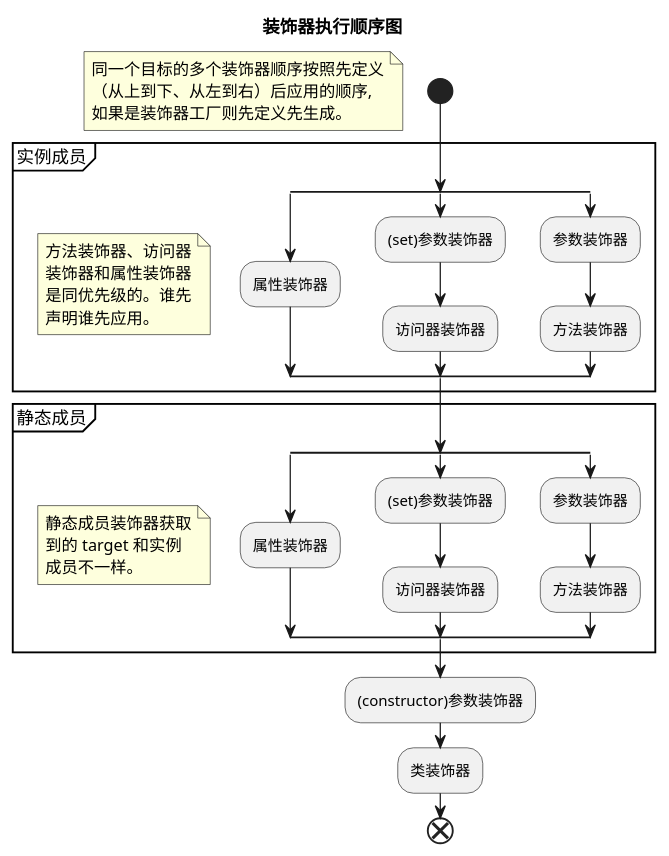
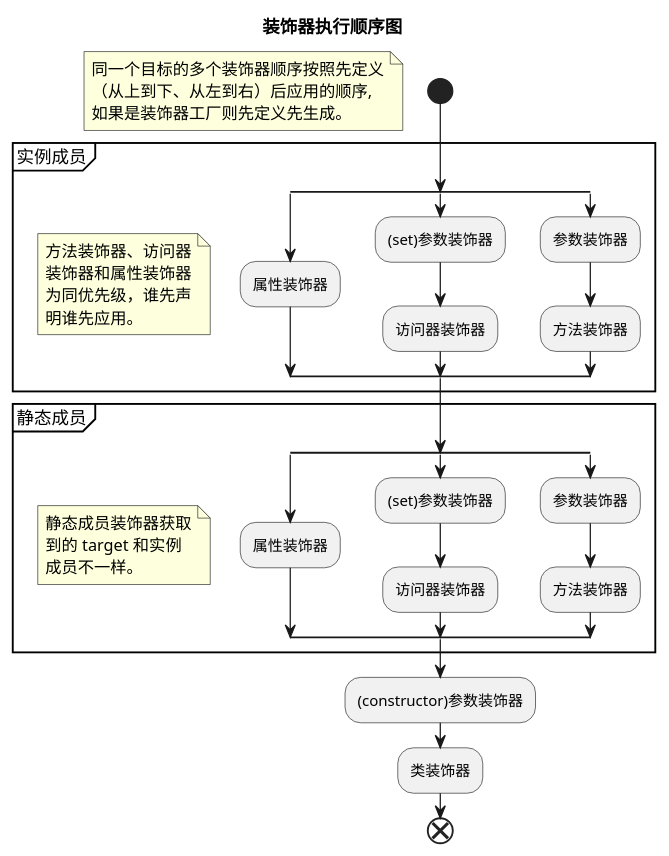
One commit to ShueyYuen/yuen-blog changed the second of 2 diagrams in content/post/20240930-typescript-decorator.md. Above: the diagram before and after it, drawn with PlantUML. The commit also changed other lines of this file and 2 other files, not shown here.

````diff
--- a/content/post/20240930-typescript-decorator.md
+++ b/content/post/20240930-typescript-decorator.md
@@ -380,50 +380,50 @@
 ```plantuml
 @startuml
 title 装饰器执行顺序图
 start
 floating note
   同一个目标的多个装饰器顺序按照先定义
   （从上到下、从左到右）后应用的顺序, 
   如果是装饰器工厂则先定义先生成。
 end note
 
 group 实例成员
   note left
     方法装饰器、访问器
     装饰器和属性装饰器
-    是同优先级的。谁先
-    声明谁先应用。
+    为同优先级，谁先声
+    明谁先应用。
   end note
   split
     :属性装饰器;
   split again
     :(set)参数装饰器;
     :访问器装饰器;
   split again
     :参数装饰器;
     :方法装饰器;
   end split
 end group
 
 group 静态成员
   note left
     静态成员装饰器获取
     到的 target 和实例
     成员不一样。
   end note
   split
     :属性装饰器;
   split again
     :(set)参数装饰器;
     :访问器装饰器;
   split again
     :参数装饰器;
     :方法装饰器;
   end split
 end group
 
 :(constructor)参数装饰器;
 :类装饰器;
 end
 @enduml
 ```
````
